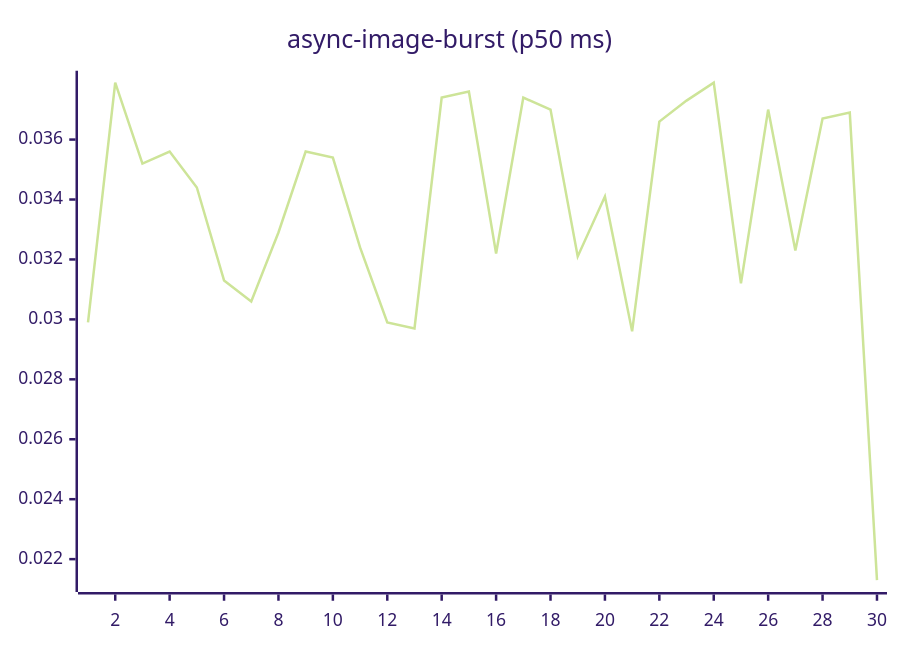
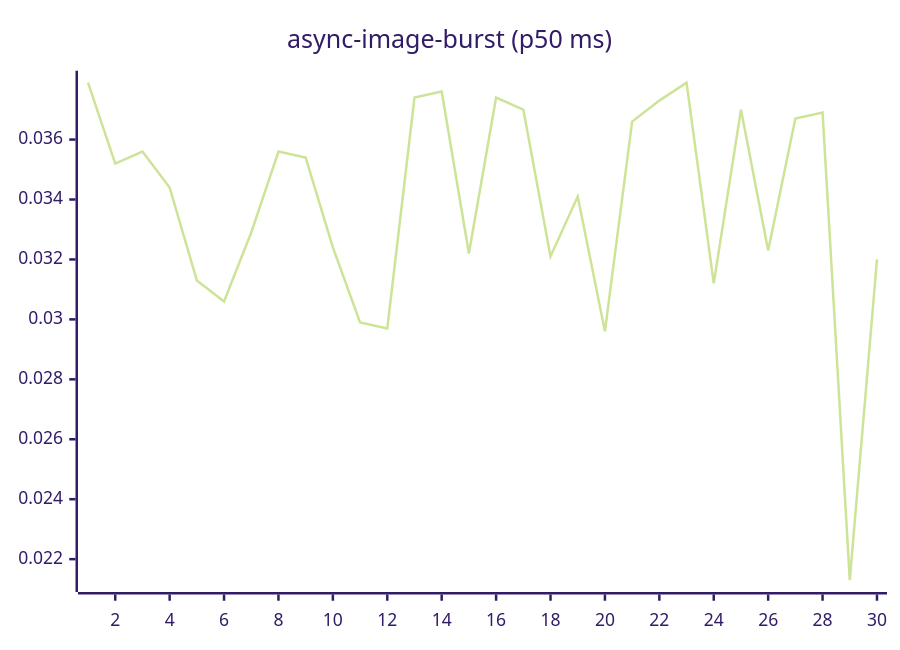
Before and after one commit to josha/Facet: the fourth of 27 diagrams in README.md, drawn with Mermaid (forest theme). The commit also changed other lines of this file and 2 other files, not shown here.

````diff
--- a/README.md
+++ b/README.md
@@ -84,6 +84,6 @@
 ```mermaid
 xychart-beta
     title "async-image-burst (p50 ms)"
     x-axis 1 --> 30
-    line [0.0299, 0.0379, 0.0352, 0.0356, 0.0344, 0.0313, 0.0306, 0.0329, 0.0356, 0.0354, 0.0324, 0.0299, 0.0297, 0.0374, 0.0376, 0.0322, 0.0374, 0.0370, 0.0321, 0.0341, 0.0296, 0.0366, 0.0373, 0.0379, 0.0312, 0.0370, 0.0323, 0.0367, 0.0369, 0.0213]
+    line [0.0379, 0.0352, 0.0356, 0.0344, 0.0313, 0.0306, 0.0329, 0.0356, 0.0354, 0.0324, 0.0299, 0.0297, 0.0374, 0.0376, 0.0322, 0.0374, 0.0370, 0.0321, 0.0341, 0.0296, 0.0366, 0.0373, 0.0379, 0.0312, 0.0370, 0.0323, 0.0367, 0.0369, 0.0213, 0.0320]
 ```
````
